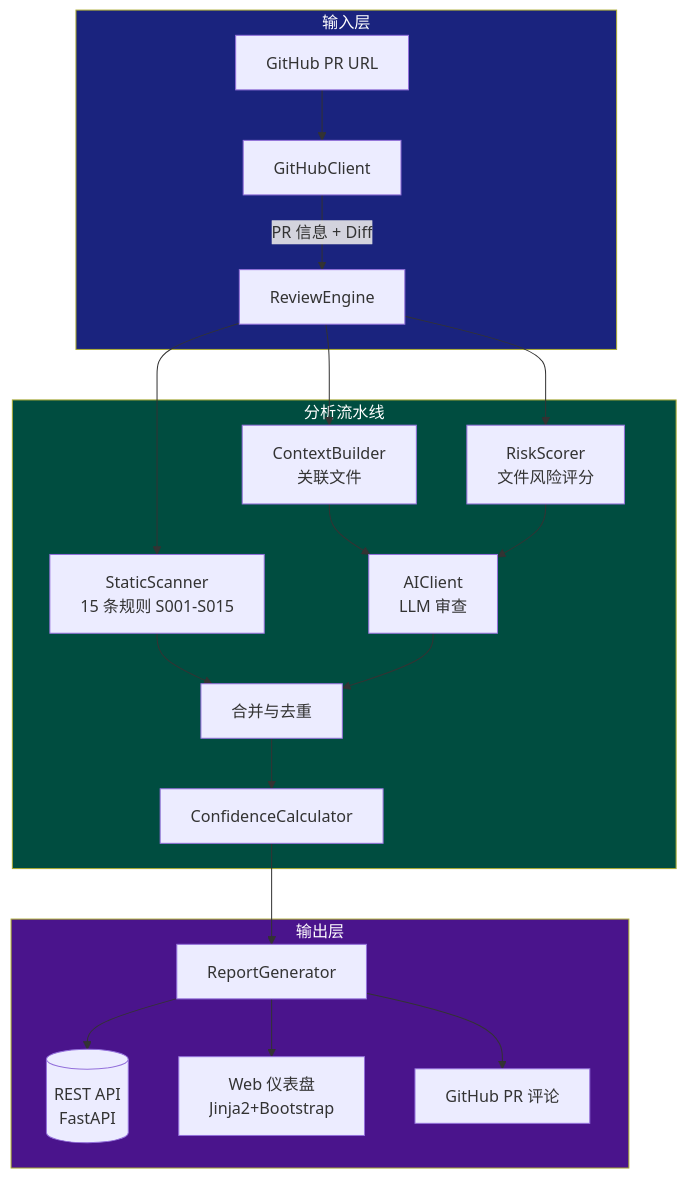
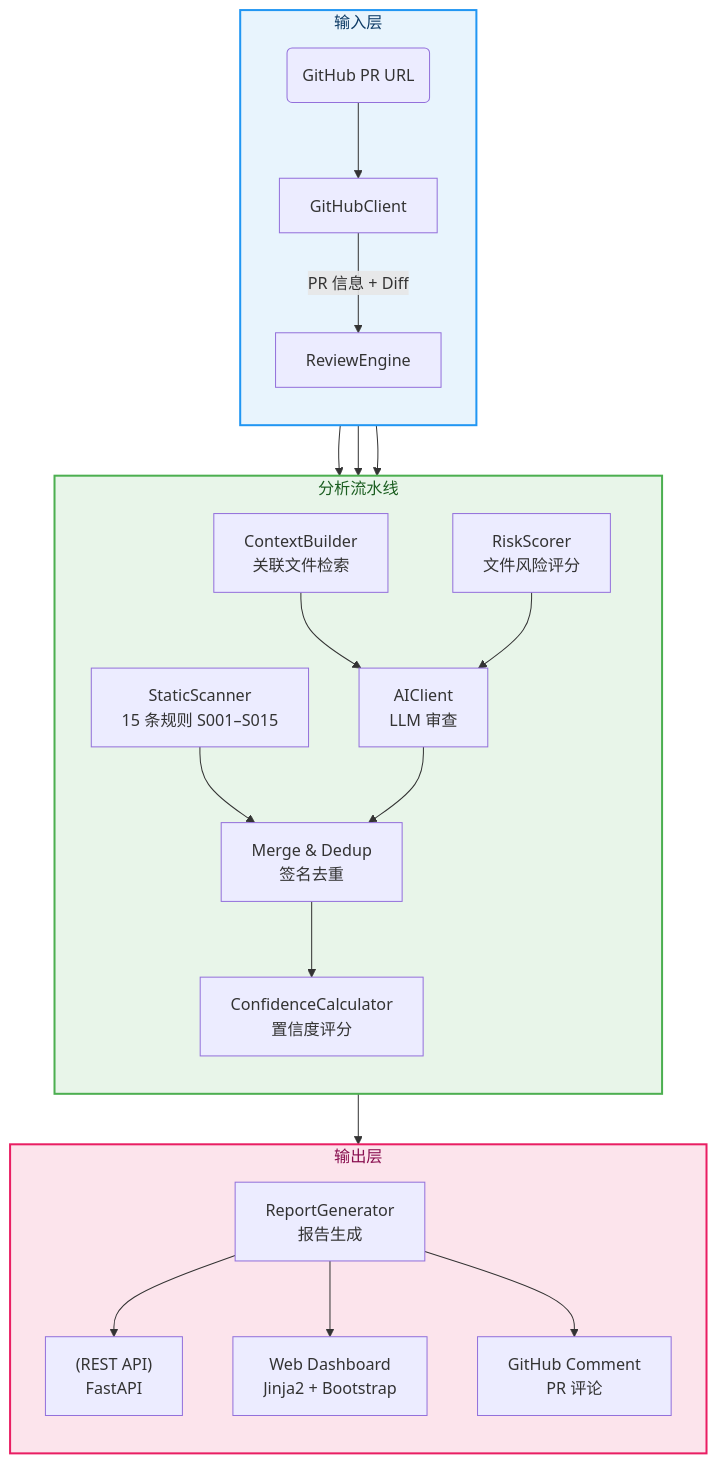
Before and after one commit to HuLi-12/ai-pre-review: the first of 2 diagrams in README.md, drawn with Mermaid. The commit also changed other lines of this file, not shown here.

Commit message:
docs: 优化架构图和流水线阶段流程图
- 架构图改用柔和配色和圆角节点，提升可读性
- 新增 7 阶段水平流水线 mermaid 流程图
- 保持中英文描述一致

````diff
--- a/README.md
+++ b/README.md
@@ -128,29 +128,30 @@
 ```mermaid
 flowchart TB
     subgraph Input["输入层"]
-        A[GitHub PR URL] --> B[GitHubClient]
-        B -->|PR 信息 + Diff| C[ReviewEngine]
+        direction TB
+        A("GitHub PR URL") --> B["GitHubClient"]
+        B -->|"PR 信息 + Diff"| C["ReviewEngine"]
     end
 
-    subgraph Analysis["分析流水线"]
-        C --> D[StaticScanner<br/>15 条规则 S001-S015]
-        C --> E[ContextBuilder<br/>关联文件]
-        C --> F[RiskScorer<br/>文件风险评分]
-        E --> G[AIClient<br/>LLM 审查]
-        F --> G
-        D --> H[合并与去重]
-        G --> H
-        H --> I[ConfidenceCalculator]
+    subgraph Pipeline["分析流水线"]
+        direction TB
+        C --> D["StaticScanner<br/>15 条规则 S001–S015"]
+        C --> E["ContextBuilder<br/>关联文件检索"]
+        C --> F["RiskScorer<br/>文件风险评分"]
+        E & F --> G["AIClient<br/>LLM 审查"]
+        D & G --> H["Merge & Dedup<br/>签名去重"]
+        H --> I["ConfidenceCalculator<br/>置信度评分"]
     end
 
     subgraph Output["输出层"]
-        I --> J[ReportGenerator]
-        J --> K[(REST API<br/>FastAPI)]
-        J --> L[Web 仪表盘<br/>Jinja2+Bootstrap]
-        J --> M[GitHub PR 评论]
+        direction TB
+        I --> J["ReportGenerator<br/>报告生成"]
+        J --> K["(REST API)<br/>FastAPI"]
+        J --> L["Web Dashboard<br/>Jinja2 + Bootstrap"]
+        J --> M["GitHub Comment<br/>PR 评论"]
     end
 
-    style Input fill:#1a237e,color:#fff
-    style Analysis fill:#004d40,color:#fff
-    style Output fill:#4a148c,color:#fff
+    style Input fill:#e8f4fd,stroke:#2196f3,stroke-width:2px,color:#0d3b66
+    style Pipeline fill:#e8f5e9,stroke:#4caf50,stroke-width:2px,color:#1b5e20
+    style Output fill:#fce4ec,stroke:#e91e63,stroke-width:2px,color:#880e4f
 ```
````
